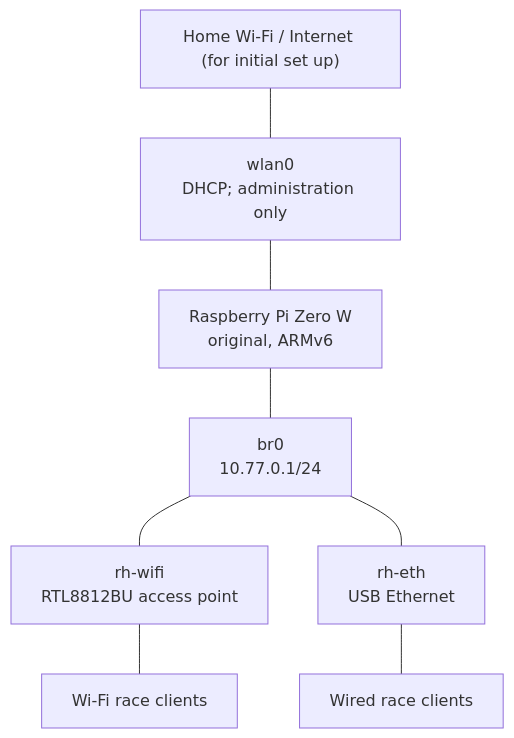
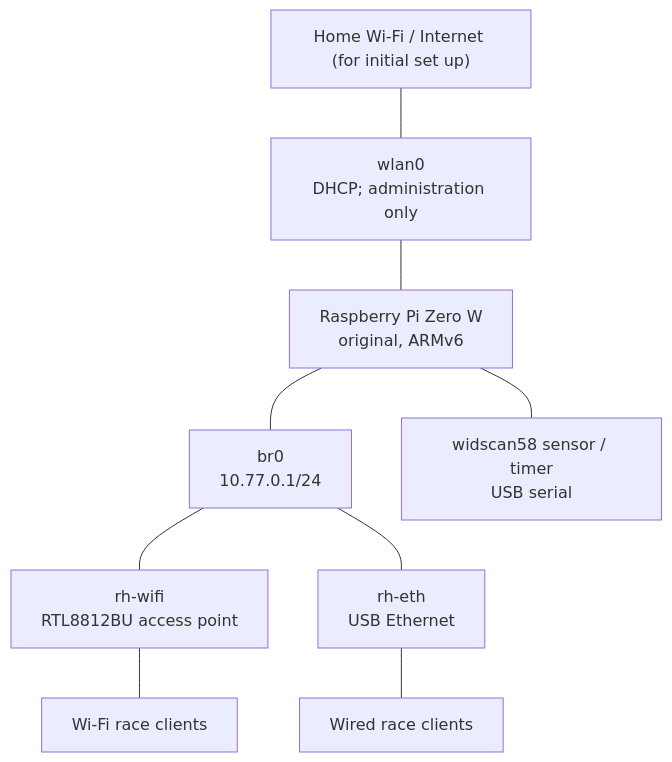
One commit to placebeyondtheclouds/rotorhazard-rpizero-server changed the diagram in README.md. Above: the diagram before and after it, drawn with Mermaid. The commit also changed other lines of this file, not shown here.

````diff
--- a/README.md
+++ b/README.md
@@ -5,19 +5,21 @@
 ```mermaid
 flowchart TB
     HOME["Home Wi-Fi / Internet (for initial set up)"]
     WLAN0["wlan0<br/>DHCP; administration only"]
     PI["Raspberry Pi Zero W<br/>original, ARMv6"]
     BR0["br0<br/>10.77.0.1/24"]
     WIFI["rh-wifi<br/>RTL8812BU access point"]
     ETH["rh-eth<br/>USB Ethernet"]
+    SENSOR["widscan58 sensor / timer<br/>USB serial"]
     WIFI_CLIENTS["Wi-Fi race clients"]
     ETH_CLIENTS["Wired race clients"]
 
     HOME --- WLAN0
     WLAN0 --- PI
     PI --- BR0
+    PI --- SENSOR
     BR0 --- WIFI
     BR0 --- ETH
     WIFI --- WIFI_CLIENTS
     ETH --- ETH_CLIENTS
 ```
````
